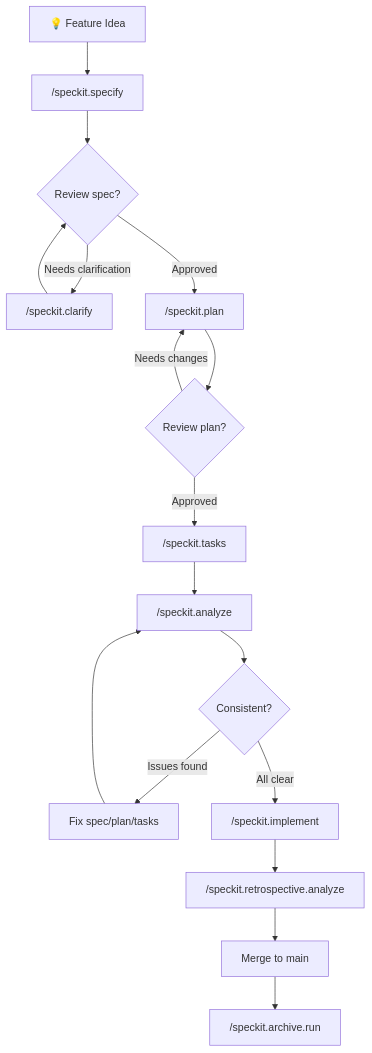
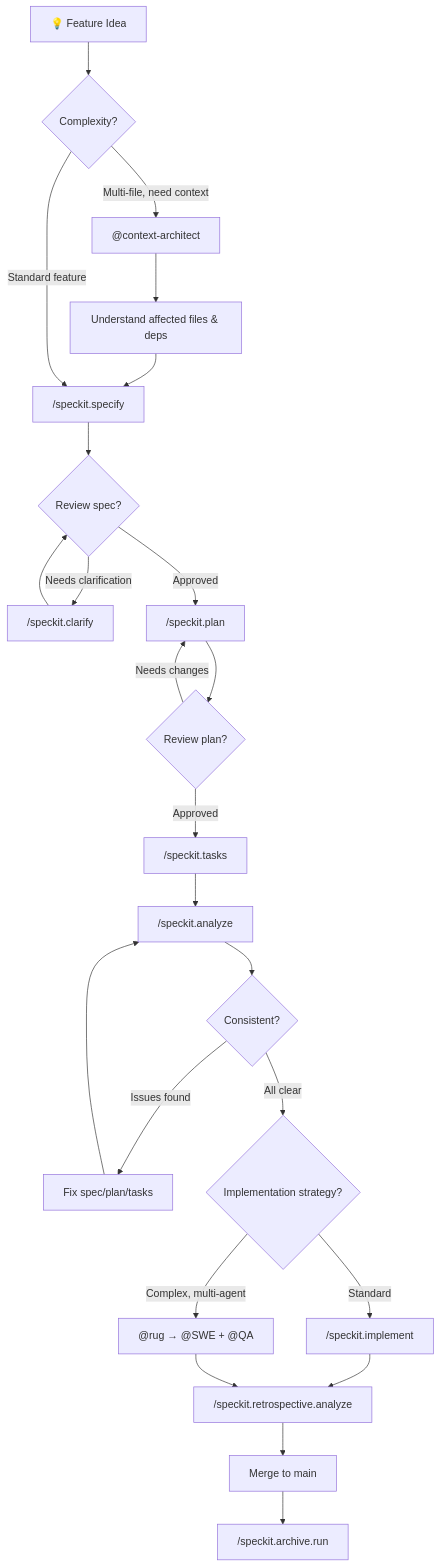
Before and after one commit to izkizk8/spot: the diagram in .github/speckit/repo_index/speckit_profile.md, drawn with Mermaid. The commit also changed other lines of this file and 2 other files, not shown here.

````diff
--- a/.github/speckit/repo_index/speckit_profile.md
+++ b/.github/speckit/repo_index/speckit_profile.md
@@ -81,19 +106,26 @@
 ```mermaid
 flowchart TD
-    A["💡 Feature Idea"] --> B["/speckit.specify"]
-    B --> C{Review spec?}
+    A["💡 Feature Idea"] --> B{Complexity?}
+    B -->|Multi-file, need context| B1["@context-architect"]
+    B1 --> B2["Understand affected files & deps"]
+    B2 --> C1["/speckit.specify"]
+    B -->|Standard feature| C1
+    C1 --> C{Review spec?}
     C -->|Needs clarification| D["/speckit.clarify"]
     D --> C
     C -->|Approved| E["/speckit.plan"]
     E --> F{Review plan?}
     F -->|Needs changes| E
     F -->|Approved| G["/speckit.tasks"]
     G --> H["/speckit.analyze"]
     H --> I{Consistent?}
     I -->|Issues found| J["Fix spec/plan/tasks"]
     J --> H
-    I -->|All clear| K["/speckit.implement"]
-    K --> L["/speckit.retrospective.analyze"]
+    I -->|All clear| K{Implementation strategy?}
+    K -->|Standard| K1["/speckit.implement"]
+    K -->|Complex, multi-agent| K2["@rug → @SWE + @QA"]
+    K1 --> L["/speckit.retrospective.analyze"]
+    K2 --> L
     L --> N["Merge to main"]
     N --> O["/speckit.archive.run"]
 ```
````
